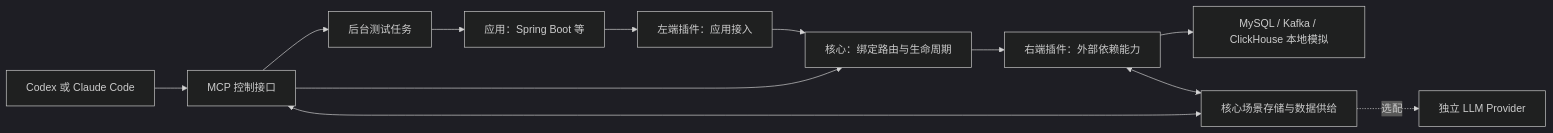
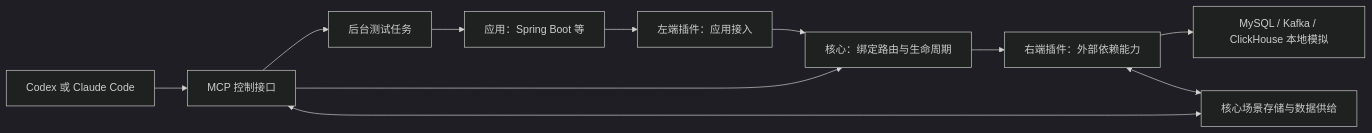
The diagram in docs/superpowers/specs/2026-09-12-x-mock-mcp-design.md (amwtke/x-mock-mcp), drawn with Mermaid (dark theme) before and after one commit. The commit also changed other lines of this file and 7 other files, not shown here.

````diff
--- a/docs/superpowers/specs/2026-09-12-x-mock-mcp-design.md
+++ b/docs/superpowers/specs/2026-09-12-x-mock-mcp-design.md
@@ -58,14 +60,13 @@
 ```mermaid
 flowchart LR
     A[应用：Spring Boot 等] --> L[左端插件：应用接入]
     L --> K[核心：绑定路由与生命周期]
     K --> R[右端插件：外部依赖能力]
     R --> D[MySQL / Kafka / ClickHouse 本地模拟]
     R <--> S[核心场景存储与数据供给]
     C[Codex 或 Claude Code] --> M[MCP 控制接口]
     M --> K
     M <--> S
     M --> T[后台测试任务]
     T --> A
-    S -. 选配 .-> P[独立 LLM Provider]
 ```
````
